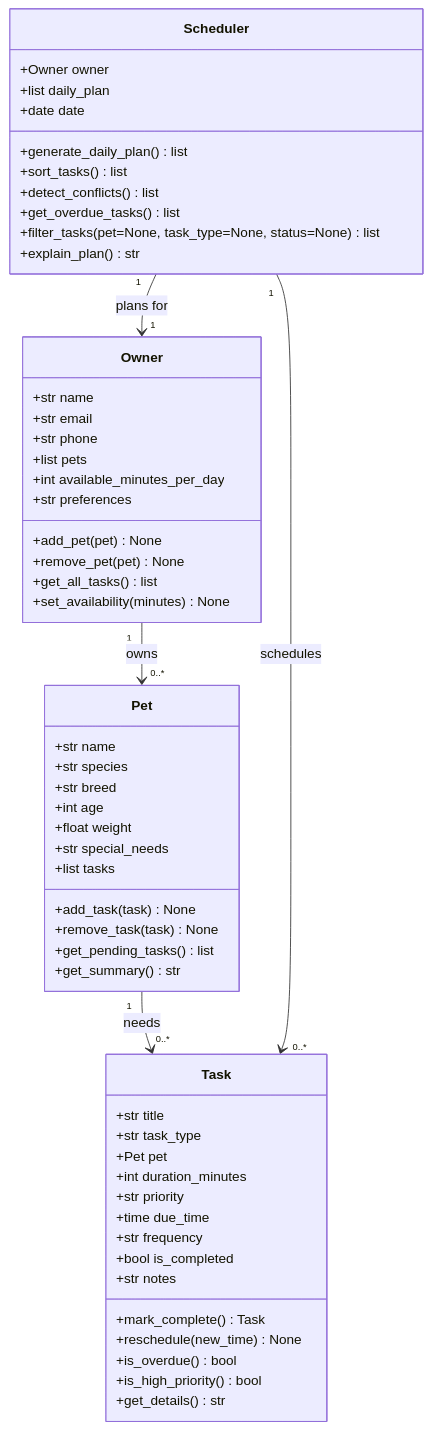
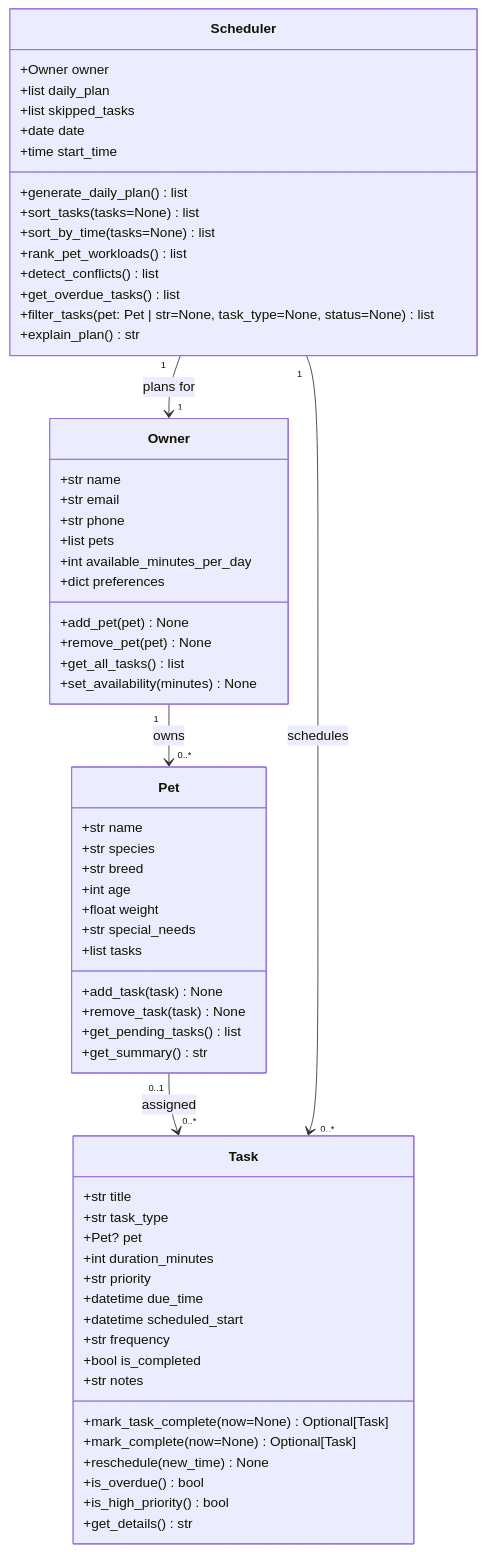
The diagram in diagrams/uml.mmd (fishdrive/ai110-module2show-pawpal-starter), drawn with Mermaid before and after one commit. The commit also changed 7 other files, not shown here.

```diff
--- a/diagrams/uml.mmd
+++ b/diagrams/uml.mmd
@@ -1,61 +1,67 @@
 classDiagram
     class Owner {
         +str name
         +str email
         +str phone
         +list pets
         +int available_minutes_per_day
-        +str preferences
+        +dict preferences
         +add_pet(pet) None
         +remove_pet(pet) None
         +get_all_tasks() list
         +set_availability(minutes) None
     }
 
     class Pet {
         +str name
         +str species
         +str breed
         +int age
         +float weight
         +str special_needs
         +list tasks
         +add_task(task) None
         +remove_task(task) None
         +get_pending_tasks() list
         +get_summary() str
     }
 
     class Task {
         +str title
         +str task_type
-        +Pet pet
+        +Pet? pet
         +int duration_minutes
         +str priority
-        +time due_time
+        +datetime due_time
+        +datetime scheduled_start
         +str frequency
         +bool is_completed
         +str notes
-        +mark_complete() Task
+        +mark_task_complete(now=None) Optional[Task]
+        +mark_complete(now=None) Optional[Task]
         +reschedule(new_time) None
         +is_overdue() bool
         +is_high_priority() bool
         +get_details() str
     }
 
     class Scheduler {
         +Owner owner
         +list daily_plan
+        +list skipped_tasks
         +date date
+        +time start_time
         +generate_daily_plan() list
-        +sort_tasks() list
+        +sort_tasks(tasks=None) list
+        +sort_by_time(tasks=None) list
+        +rank_pet_workloads() list
         +detect_conflicts() list
         +get_overdue_tasks() list
-        +filter_tasks(pet=None, task_type=None, status=None) list
+        +filter_tasks(pet: Pet | str=None, task_type=None, status=None) list
         +explain_plan() str
     }
 
     Owner "1" --> "0..*" Pet : owns
-    Pet "1" --> "0..*" Task : needs
+    Pet "0..1" --> "0..*" Task : assigned
     Scheduler "1" --> "1" Owner : plans for
     Scheduler "1" --> "0..*" Task : schedules
```
